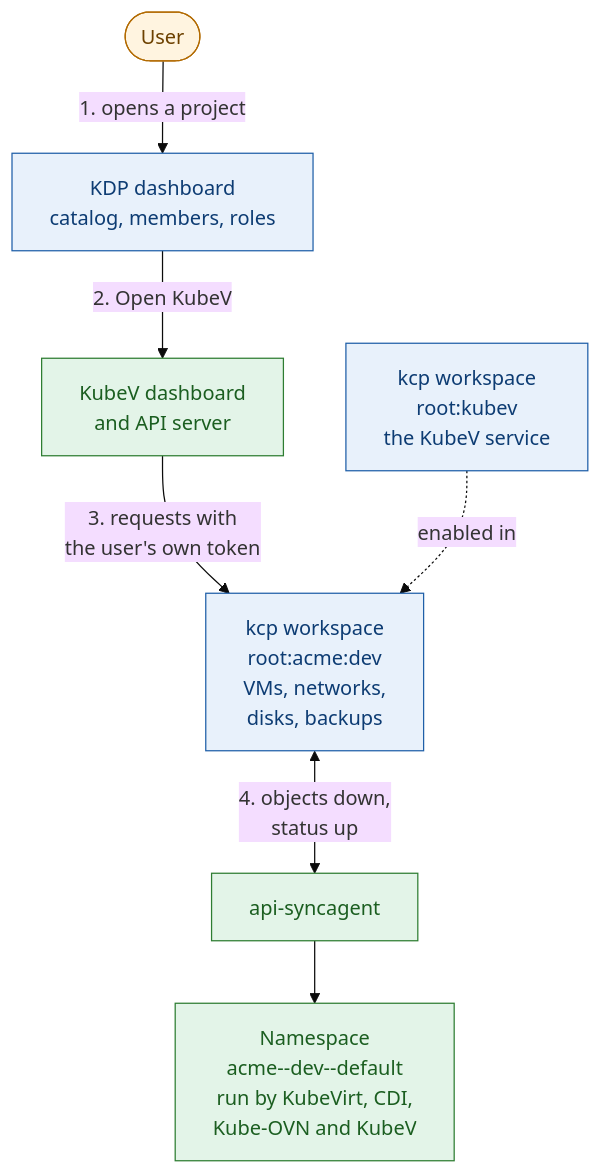
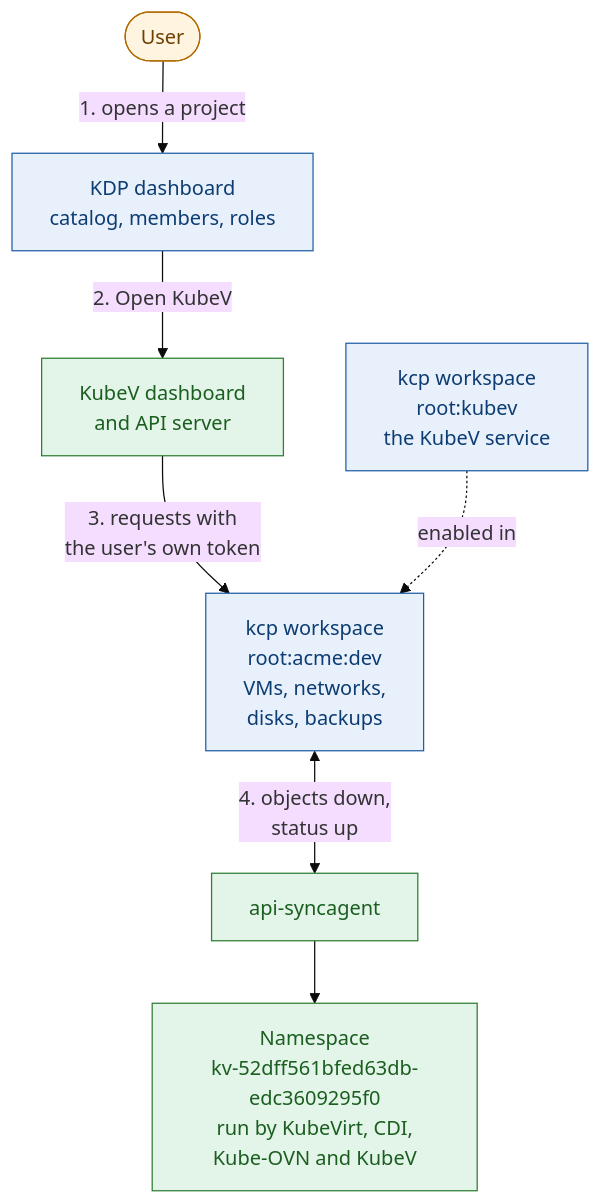
Before and after one commit to kubermatic/docs: the diagram in content/kubermatic-virtualization/main/kdp-integration/_index.en.md, drawn with Mermaid (base theme). The commit also changed other lines of this file and 8 other files, not shown here.

````diff
--- a/content/kubermatic-virtualization/main/kdp-integration/_index.en.md
+++ b/content/kubermatic-virtualization/main/kdp-integration/_index.en.md
@@ -12,24 +12,24 @@
 ```mermaid
 flowchart TB
   user(["User"])
   kdpui["KDP dashboard<br/>catalog, members, roles"]
   provider["kcp workspace<br/>root:kubev<br/>the KubeV service"]
   project["kcp workspace<br/>root:acme:dev<br/>VMs, networks,<br/>disks, backups"]
   kubevui["KubeV dashboard<br/>and API server"]
   agent["api-syncagent"]
-  ns["Namespace<br/>acme--dev--default<br/>run by KubeVirt, CDI,<br/>Kube-OVN and KubeV"]
+  ns["Namespace<br/>kv-52dff561bfed63db-edc3609295f0<br/>run by KubeVirt, CDI,<br/>Kube-OVN and KubeV"]
 
   user -->|"1. opens a project"| kdpui
   kdpui -->|"2. Open KubeV"| kubevui
   kubevui -->|"3. requests with<br/>the user's own token"| project
   provider -.->|"enabled in"| project
   project <-->|"4. objects down,<br/>status up"| agent
   agent --> ns
 
   classDef kdp fill:#e8f1fb,stroke:#1f5fa8,color:#0d3c73
   classDef kv fill:#e3f4e8,stroke:#2e7d32,color:#1b5e20
   classDef ext fill:#fff4e0,stroke:#b26a00,color:#6d4100
   class kdpui,provider,project kdp
   class kubevui,agent,ns kv
   class user ext
 ```
````
